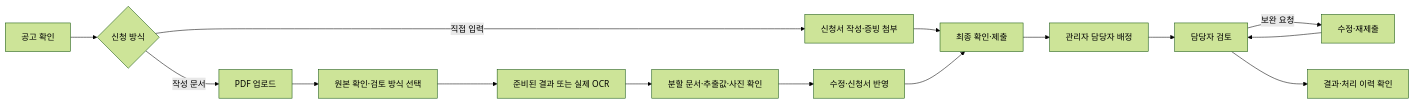
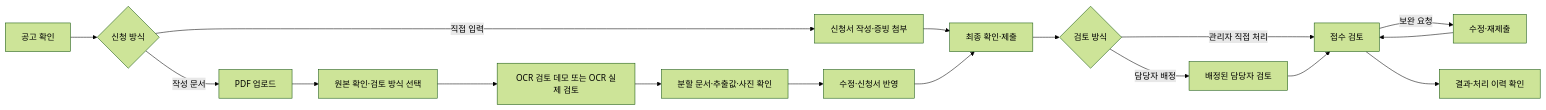
The first of 4 diagrams in README.md (sangwon0707/maeum-support-portal), drawn with Mermaid (forest theme) before and after one commit. The commit also changed other lines of this file and 19 other files, not shown here.

````diff
--- a/README.md
+++ b/README.md
@@ -96,17 +96,19 @@
 ```mermaid
 flowchart LR
   A[공고 확인] --> B{신청 방식}
   B -->|직접 입력| C[신청서 작성·증빙 첨부]
   B -->|작성 문서| D[PDF 업로드]
   D --> E[원본 확인·검토 방식 선택]
-  E --> F[준비된 결과 또는 실제 OCR]
+  E --> F[OCR 검토 데모 또는 OCR 실제 검토]
   F --> G[분할 문서·추출값·사진 확인]
   G --> H[수정·신청서 반영]
   C --> I[최종 확인·제출]
   H --> I
-  I --> J[관리자 담당자 배정]
-  J --> K[담당자 검토]
+  I --> J{검토 방식}
+  J -->|관리자 직접 처리| K[접수 검토]
+  J -->|담당자 배정| M[배정된 담당자 검토]
+  M --> K
   K -->|보완 요청| L[수정·재제출]
   L --> K
-  K --> M[결과·처리 이력 확인]
+  K --> N[결과·처리 이력 확인]
 ```
````
